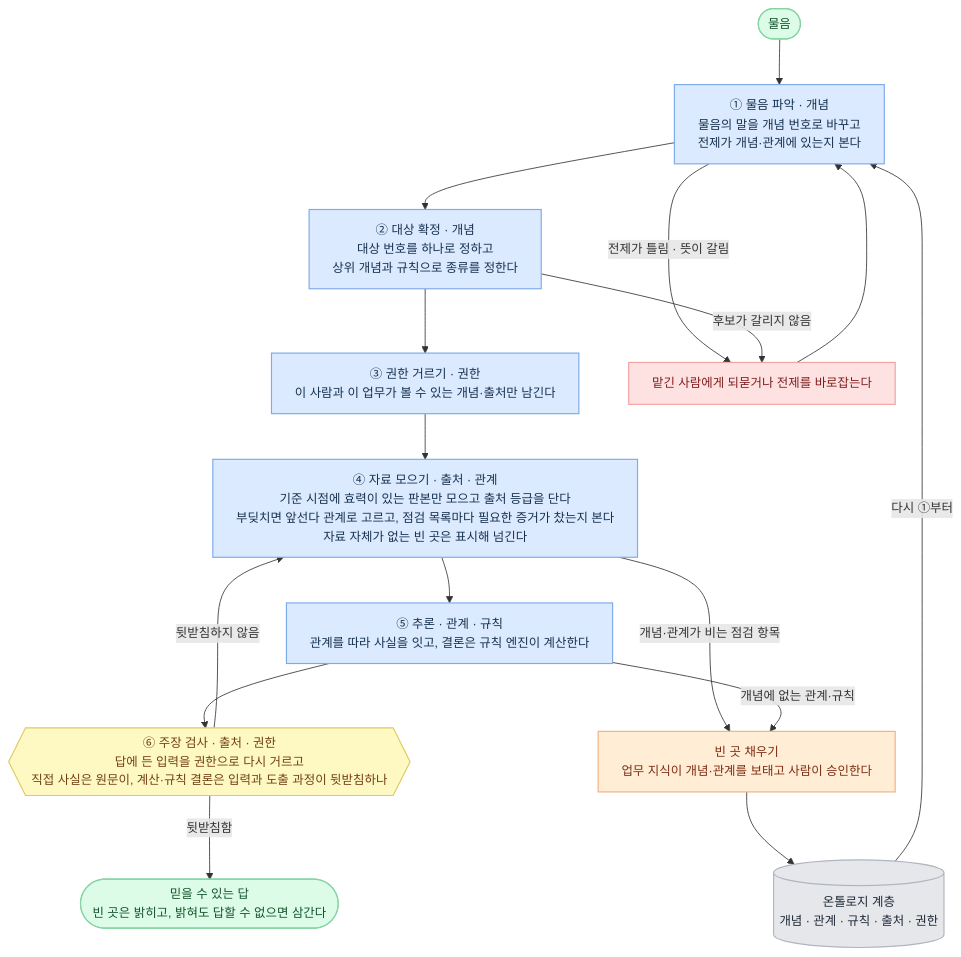
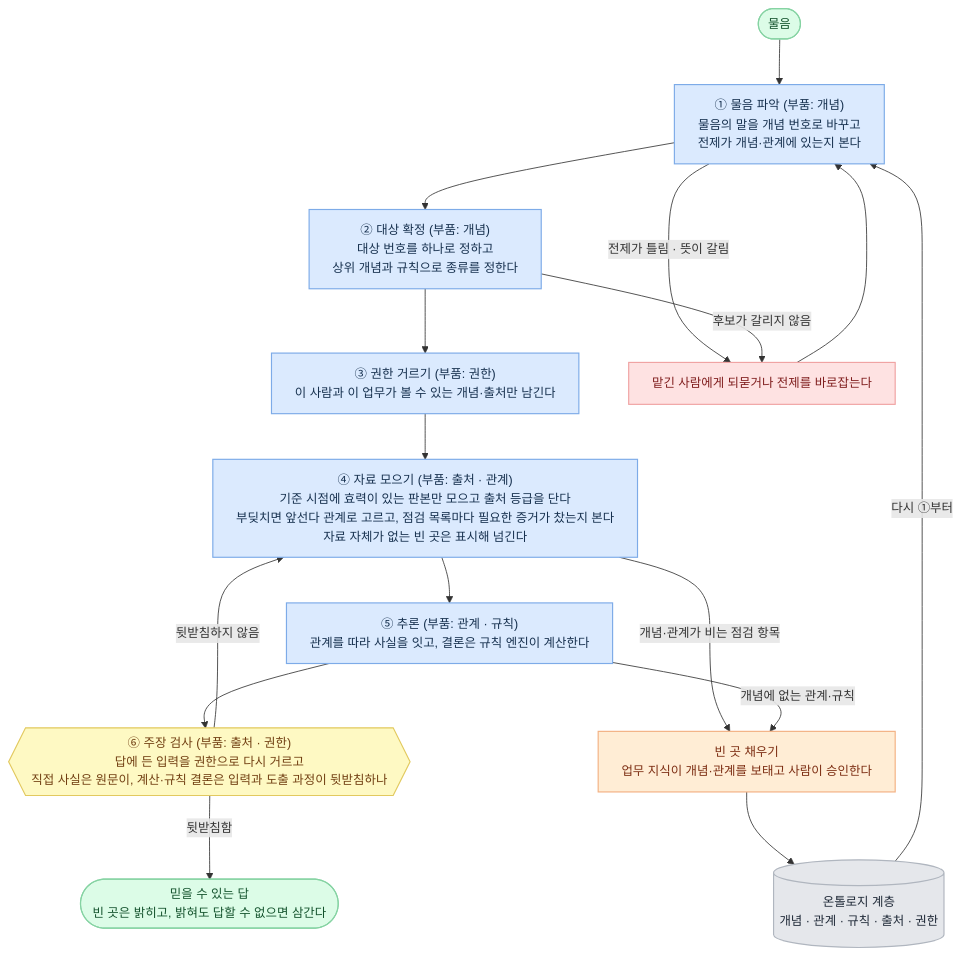
The eighth of 8 diagrams in 전문가 에이전트 정의 1.md (harisbaguette/expert), drawn with Mermaid before and after one commit. The commit also changed other lines of this file, not shown here.

````diff
--- a/전문가 에이전트 정의 1.md
+++ b/전문가 에이전트 정의 1.md
@@ -1268,33 +1295,33 @@
 ```mermaid
 %%{init: {"flowchart": {"wrappingWidth": 640, "curve": "basis", "nodeSpacing": 45, "rankSpacing": 55, "padding": 14, "useMaxWidth": true}, "themeVariables": {"fontSize": "15px"}} }%%
 flowchart TB
     Q(["물음"]):::good
-    P["① 물음 파악 · 개념<br/>물음의 말을 개념 번호로 바꾸고<br/>전제가 개념·관계에 있는지 본다"]:::main
-    T["② 대상 확정 · 개념<br/>대상 번호를 하나로 정하고<br/>상위 개념과 규칙으로 종류를 정한다"]:::main
-    R["③ 권한 거르기 · 권한<br/>이 사람과 이 업무가 볼 수 있는 개념·출처만 남긴다"]:::main
-    D["④ 자료 모으기 · 출처 · 관계<br/>기준 시점에 효력이 있는 판본만 모으고 출처 등급을 단다<br/>부딪치면 앞선다 관계로 고르고, 점검 목록마다 필요한 증거가 찼는지 본다<br/>자료 자체가 없는 빈 곳은 표시해 넘긴다"]:::main
-    I["⑤ 추론 · 관계 · 규칙<br/>관계를 따라 사실을 잇고, 결론은 규칙 엔진이 계산한다"]:::main
-    C{{"⑥ 주장 검사 · 출처 · 권한<br/>답에 든 입력을 권한으로 다시 거르고<br/>직접 사실은 원문이, 계산·규칙 결론은 입력과 도출 과정이 뒷받침하나"}}:::note
+    P["① 물음 파악 (부품: 개념)<br/>물음의 말을 개념 번호로 바꾸고<br/>전제가 개념·관계에 있는지 본다"]:::main
+    T["② 대상 확정 (부품: 개념)<br/>대상 번호를 하나로 정하고<br/>상위 개념과 규칙으로 종류를 정한다"]:::main
+    R["③ 권한 거르기 (부품: 권한)<br/>이 사람과 이 업무가 볼 수 있는 개념·출처만 남긴다"]:::main
+    D["④ 자료 모으기 (부품: 출처 · 관계)<br/>기준 시점에 효력이 있는 판본만 모으고 출처 등급을 단다<br/>부딪치면 앞선다 관계로 고르고, 점검 목록마다 필요한 증거가 찼는지 본다<br/>자료 자체가 없는 빈 곳은 표시해 넘긴다"]:::main
+    I["⑤ 추론 (부품: 관계 · 규칙)<br/>관계를 따라 사실을 잇고, 결론은 규칙 엔진이 계산한다"]:::main
+    C{{"⑥ 주장 검사 (부품: 출처 · 권한)<br/>답에 든 입력을 권한으로 다시 거르고<br/>직접 사실은 원문이, 계산·규칙 결론은 입력과 도출 과정이 뒷받침하나"}}:::note
     A(["믿을 수 있는 답<br/>빈 곳은 밝히고, 밝혀도 답할 수 없으면 삼간다"]):::good
     ASK["맡긴 사람에게 되묻거나 전제를 바로잡는다"]:::stop
     GAP["빈 곳 채우기<br/>업무 지식이 개념·관계를 보태고 사람이 승인한다"]:::back
     ONT[("온톨로지 계층<br/>개념 · 관계 · 규칙 · 출처 · 권한")]:::store
 
     Q --> P --> T --> R --> D --> I --> C
     C -- "뒷받침함" --> A
     P -- "전제가 틀림 · 뜻이 갈림" --> ASK
     T -- "후보가 갈리지 않음" --> ASK
     ASK --> P
     C -- "뒷받침하지 않음" --> D
     D -- "개념·관계가 비는 점검 항목" --> GAP
     I -- "개념에 없는 관계·규칙" --> GAP
     GAP --> ONT
     ONT -- "다시 ①부터" --> P
 
     classDef main fill:#dbeafe,stroke:#7dabe8,stroke-width:1.4px,color:#17314f
     classDef stop fill:#fee2e2,stroke:#f0a3a3,stroke-width:1.4px,color:#7f1d1d
     classDef back fill:#ffedd5,stroke:#f3b183,stroke-width:1.4px,color:#7c2d12
     classDef store fill:#e5e7eb,stroke:#b0b6bf,stroke-width:1.4px,color:#1f2937
     classDef good fill:#dcfce7,stroke:#86d3a3,stroke-width:1.4px,color:#14532d
     classDef note fill:#fef9c3,stroke:#e2c95f,stroke-width:1.4px,color:#713f12
 ```
````
